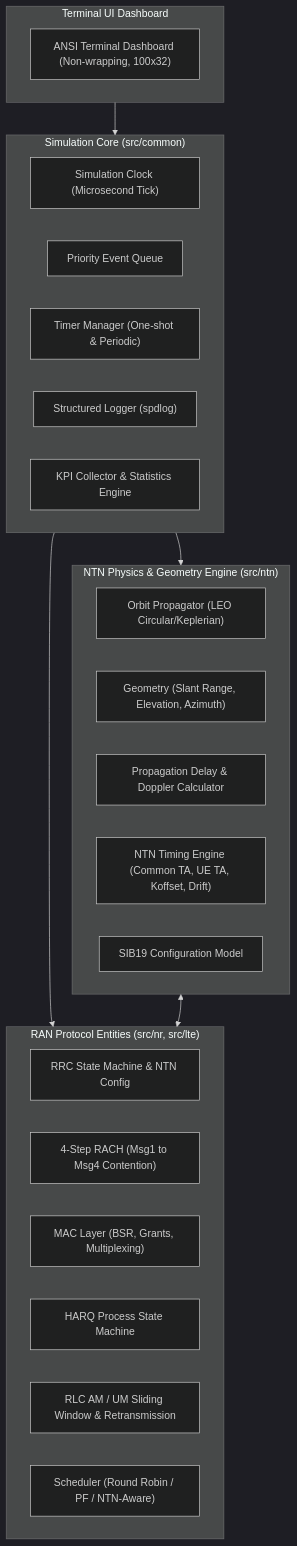
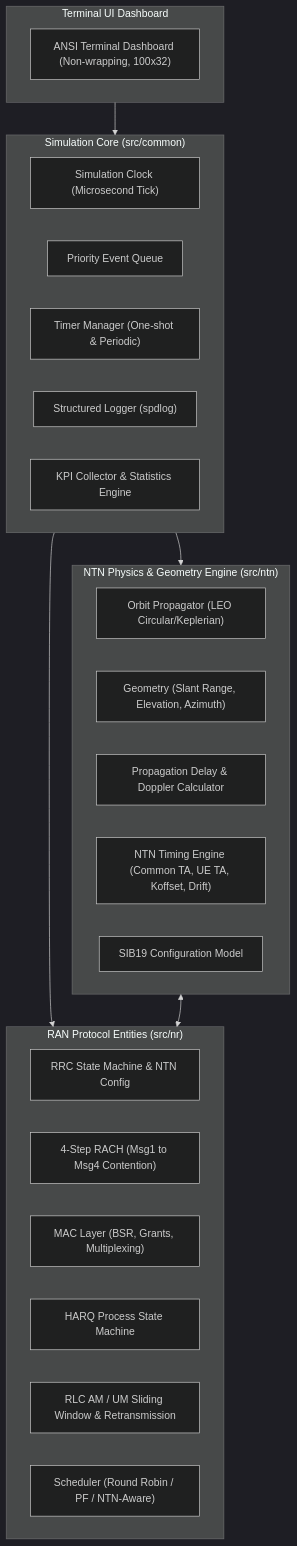
One commit to modihere/ran-ntn-sim changed the diagram in docs/architecture.md. Above: the diagram before and after it, drawn with Mermaid (dark theme). The commit also changed other lines of this file and 2 other files, not shown here.

Commit message:
chore: remove LTE components and focus scope exclusively on 5G NR

````diff
--- a/docs/architecture.md
+++ b/docs/architecture.md
@@ -13,36 +13,36 @@
 ```mermaid
 flowchart TD
     subgraph UI ["Terminal UI Dashboard"]
         TUI["ANSI Terminal Dashboard (Non-wrapping, 100x32)"]
     end
 
     subgraph Core ["Simulation Core (src/common)"]
         Clock["Simulation Clock (Microsecond Tick)"]
         EQ["Priority Event Queue"]
         TimerMgr["Timer Manager (One-shot & Periodic)"]
         Logger["Structured Logger (spdlog)"]
         Stats["KPI Collector & Statistics Engine"]
     end
 
     subgraph NTN ["NTN Physics & Geometry Engine (src/ntn)"]
         Orbit["Orbit Propagator (LEO Circular/Keplerian)"]
         Geom["Geometry (Slant Range, Elevation, Azimuth)"]
         Delay["Propagation Delay & Doppler Calculator"]
         Timing["NTN Timing Engine (Common TA, UE TA, Koffset, Drift)"]
         SIB19["SIB19 Configuration Model"]
     end
 
-    subgraph RAN ["RAN Protocol Entities (src/nr, src/lte)"]
+    subgraph RAN ["RAN Protocol Entities (src/nr)"]
         RRC["RRC State Machine & NTN Config"]
         RACH["4-Step RACH (Msg1 to Msg4 Contention)"]
         MAC["MAC Layer (BSR, Grants, Multiplexing)"]
         HARQ["HARQ Process State Machine"]
         RLC["RLC AM / UM Sliding Window & Retransmission"]
         Sched["Scheduler (Round Robin / PF / NTN-Aware)"]
     end
 
     UI --> Core
     Core --> NTN
     Core --> RAN
     NTN <--> RAN
 ```
````
